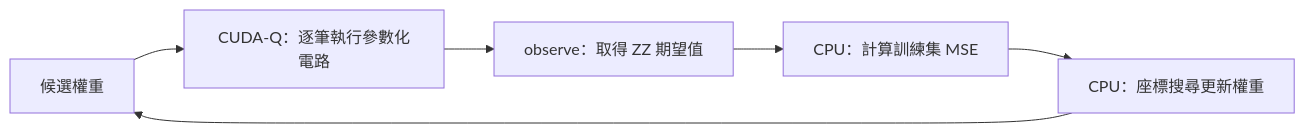
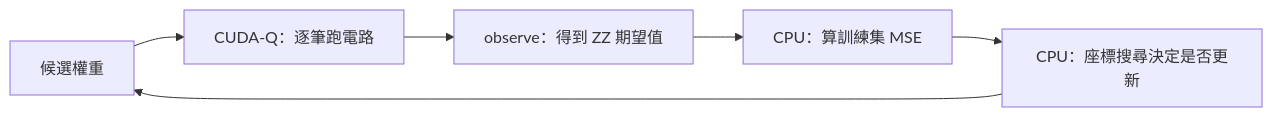
The diagram in articles/day10/README.md (kancheng/qml-engineering-30-days), drawn with Mermaid before and after one commit. The commit also changed other lines of this file and 22 other files, not shown here.

````diff
--- a/articles/day10/README.md
+++ b/articles/day10/README.md
@@ -17,8 +15,8 @@
 ```mermaid
 flowchart LR
-    W[候選權重] --> Q[CUDA-Q：逐筆執行參數化電路]
-    Q --> P[observe：取得 ZZ 期望值]
-    P --> L[CPU：計算訓練集 MSE]
-    L --> O[CPU：座標搜尋更新權重]
+    W[候選權重] --> Q[CUDA-Q：逐筆跑電路]
+    Q --> P[observe：得到 ZZ 期望值]
+    P --> L[CPU：算訓練集 MSE]
+    L --> O[CPU：座標搜尋決定是否更新]
     O --> W
 ```
````
